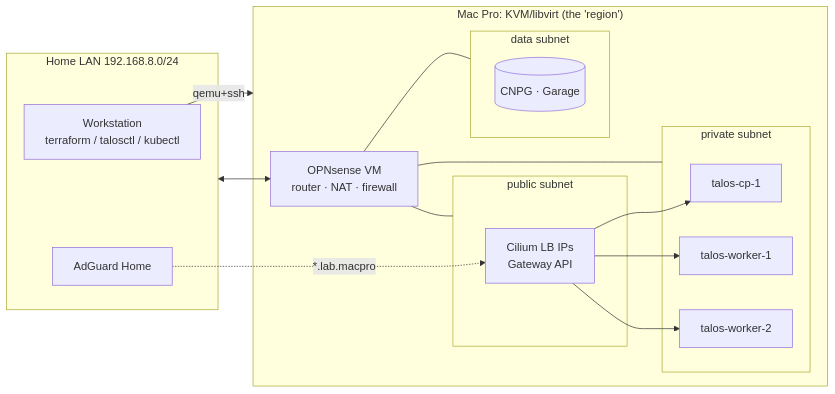
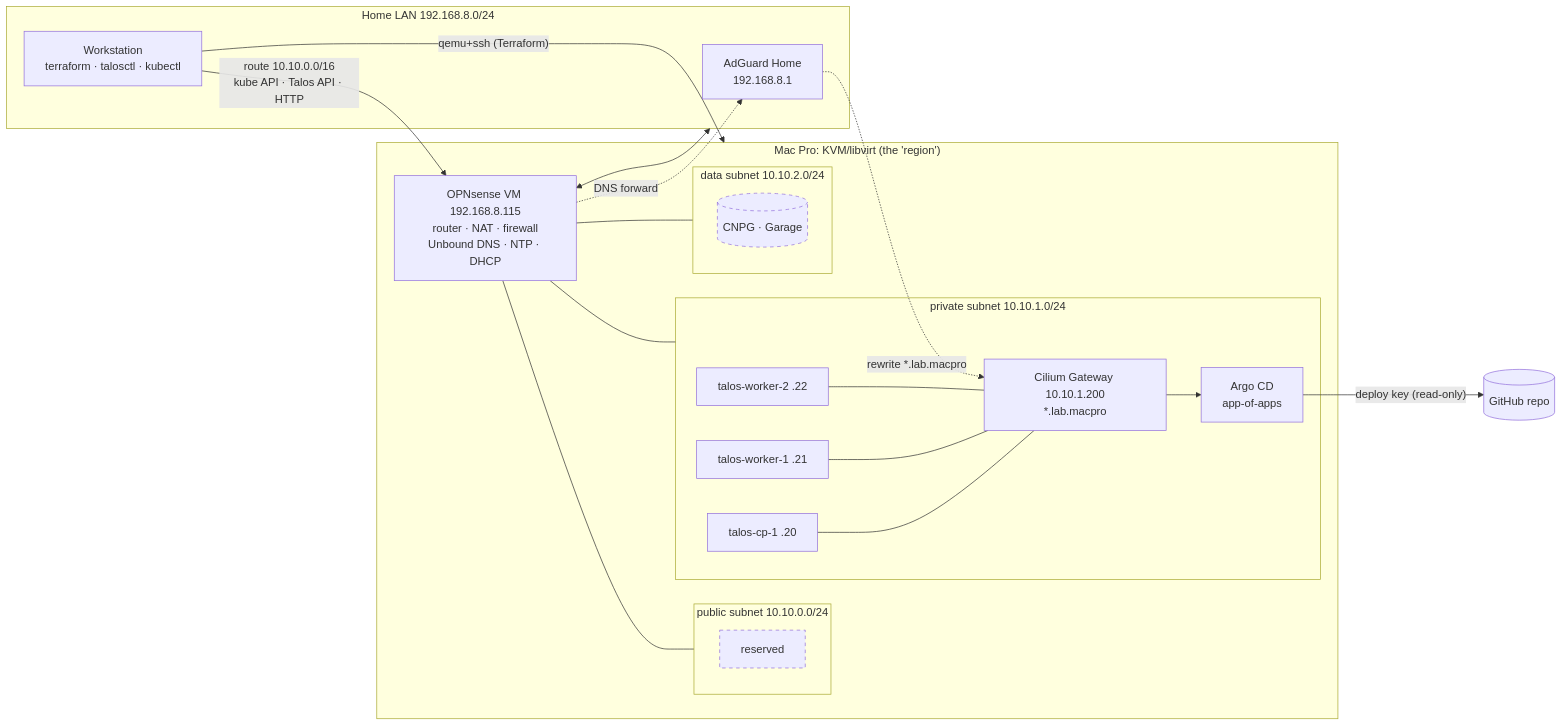
Before and after one commit to nok500/homelab-cloud: the diagram in README.md, drawn with Mermaid. The commit also changed other lines of this file and 2 other files, not shown here.

Commit message:
fix(cluster): wait for the API server after bootstrap; retry checks that converge after rebuild
bootstrap-cluster.sh polled the API ~2 s after talos_machine_bootstrap, before etcd/kube-apiserver were up. verify-cluster.sh now retries pod DNS and the LB pool status, and runs its DNS pod under restricted PSA. README: Phase 2 status and diagram.

````diff
--- a/README.md
+++ b/README.md
@@ -12,26 +16,35 @@
 ```mermaid
 flowchart LR
   subgraph LAN["Home LAN 192.168.8.0/24"]
-    ws[Workstation<br/>terraform / talosctl / kubectl]
-    dns[AdGuard Home]
+    ws[Workstation<br/>terraform · talosctl · kubectl]
+    dns[AdGuard Home<br/>192.168.8.1]
   end
   subgraph host["Mac Pro: KVM/libvirt (the 'region')"]
-    opn[OPNsense VM<br/>router · NAT · firewall]
-    subgraph pub["public subnet"]
-      lb[Cilium LB IPs<br/>Gateway API]
+    opn[OPNsense VM 192.168.8.115<br/>router · NAT · firewall<br/>Unbound DNS · NTP · DHCP]
+    subgraph pub["public subnet 10.10.0.0/24"]
+      pubnote[reserved]
     end
-    subgraph priv["private subnet"]
-      cp[talos-cp-1]
-      w1[talos-worker-1]
-      w2[talos-worker-2]
+    subgraph priv["private subnet 10.10.1.0/24"]
+      gw[Cilium Gateway 10.10.1.200<br/>*.lab.macpro]
+      cp[talos-cp-1 .20]
+      w1[talos-worker-1 .21]
+      w2[talos-worker-2 .22]
+      argo[Argo CD<br/>app-of-apps]
     end
-    subgraph data["data subnet"]
+    subgraph data["data subnet 10.10.2.0/24"]
       db[(CNPG · Garage)]
     end
   end
-  ws -- qemu+ssh --> host
+  gh[(GitHub repo)]
+  ws -- "qemu+ssh (Terraform)" --> host
+  ws -- "route 10.10.0.0/16<br/>kube API · Talos API · HTTP" --> opn
   LAN <--> opn
   opn --- pub & priv & data
-  lb --> cp & w1 & w2
-  dns -. "*.lab.macpro" .-> lb
+  opn -. "DNS forward" .-> dns
+  gw --> argo
+  cp & w1 & w2 --- gw
+  argo -- "deploy key (read-only)" --> gh
+  dns -. "rewrite *.lab.macpro" .-> gw
+  style pubnote stroke-dasharray: 5 5
+  style db stroke-dasharray: 5 5
 ```
````
